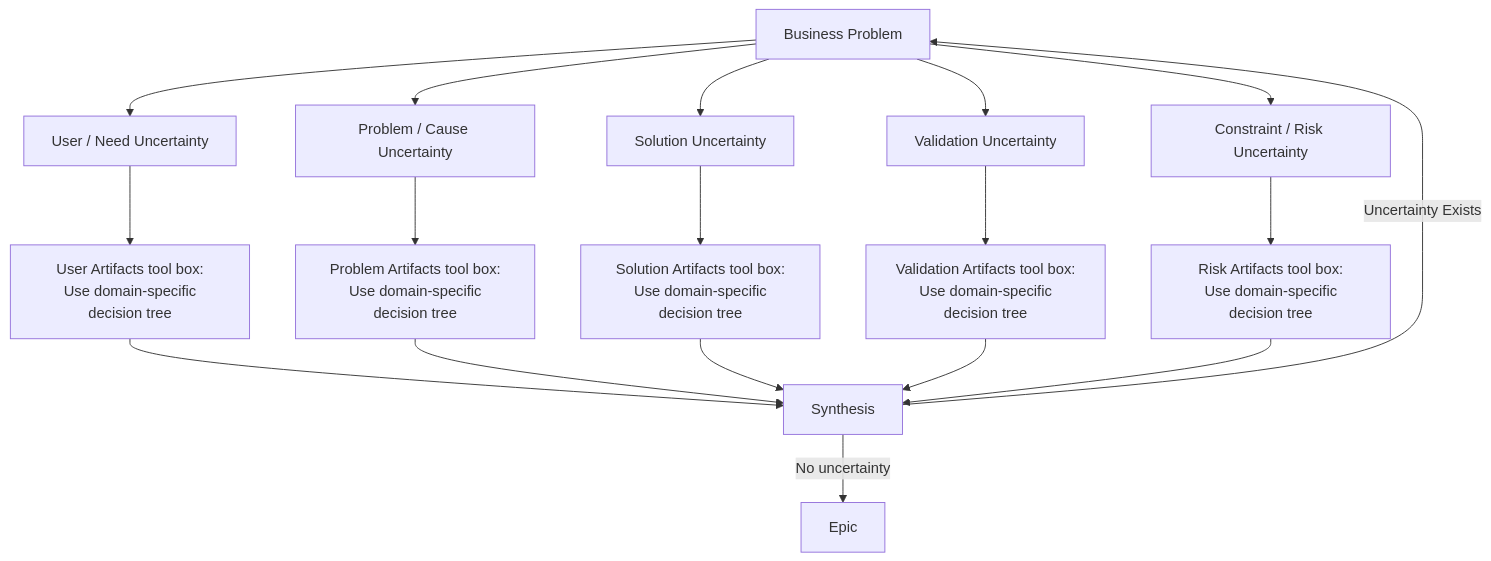
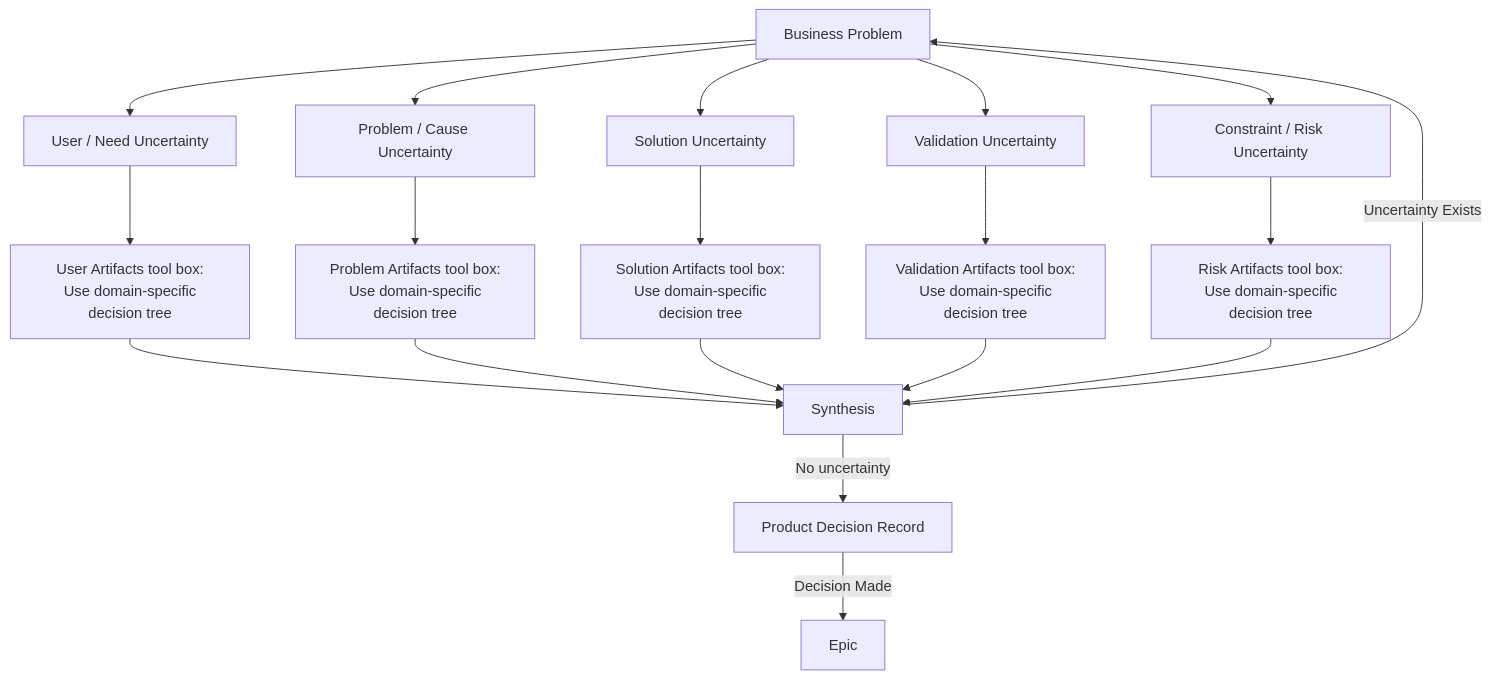
Before and after one commit to DevOn90/test-doc-flow: the second of 8 diagrams in docs/project-governance/product-discovery/discovery-guide.md, drawn with Mermaid. The commit also changed other lines of this file, not shown here.

Commit message:
docs: Update discovery guide to include Product Decision Record section and flow

````diff
--- a/docs/project-governance/product-discovery/discovery-guide.md
+++ b/docs/project-governance/product-discovery/discovery-guide.md
@@ -114,26 +117,27 @@
 ```mermaid
 flowchart TD
     BP[Business Problem]
 
     BP --> U1[User / Need Uncertainty]
     BP --> U2[Problem / Cause Uncertainty]
     BP --> U3[Solution Uncertainty]
     BP --> U4[Validation Uncertainty]
     BP --> U5[Constraint / Risk Uncertainty]
 
     U1 --> JTBD[User Artifacts tool box:<br> Use domain-specific decision tree]
     U2 --> ASM[Problem Artifacts tool box:<br> Use domain-specific decision tree]
     U3 --> HYP[Solution Artifacts tool box:<br> Use domain-specific decision tree]
     U4 --> EXP[Validation Artifacts tool box:<br> Use domain-specific decision tree]
     U5 --> RSK[Risk Artifacts tool box:<br> Use domain-specific decision tree]
     
     JTBD --> SYN[Synthesis]
     ASM --> SYN
     HYP --> SYN
     EXP --> SYN
     RSK --> SYN
 
     SYN --Uncertainty Exists--> BP
 
-    SYN --No uncertainty--> EPIC[Epic]
+    SYN --No uncertainty--> PDR[Product Decision Record]
+    PDR --Decision Made--> EPIC[Epic]
 ```
````
